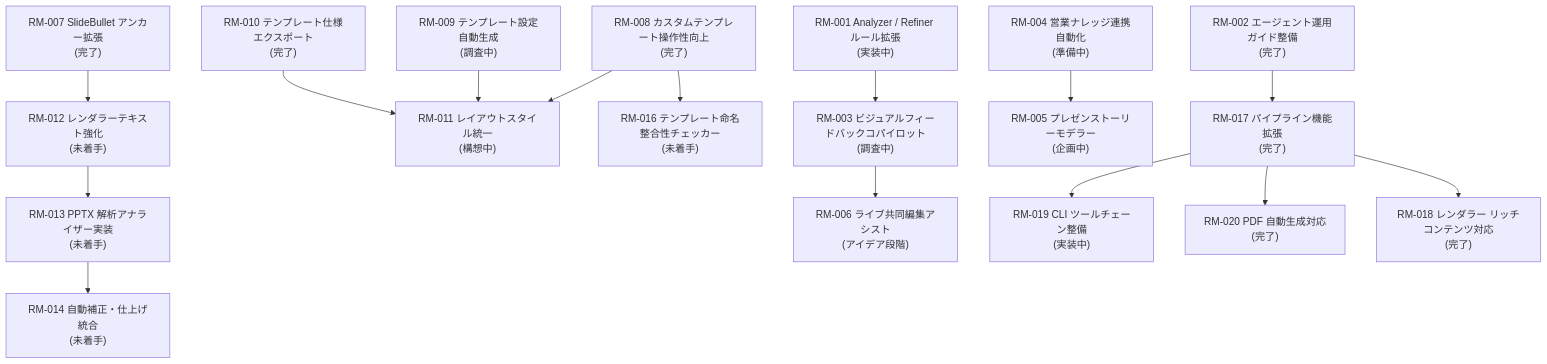
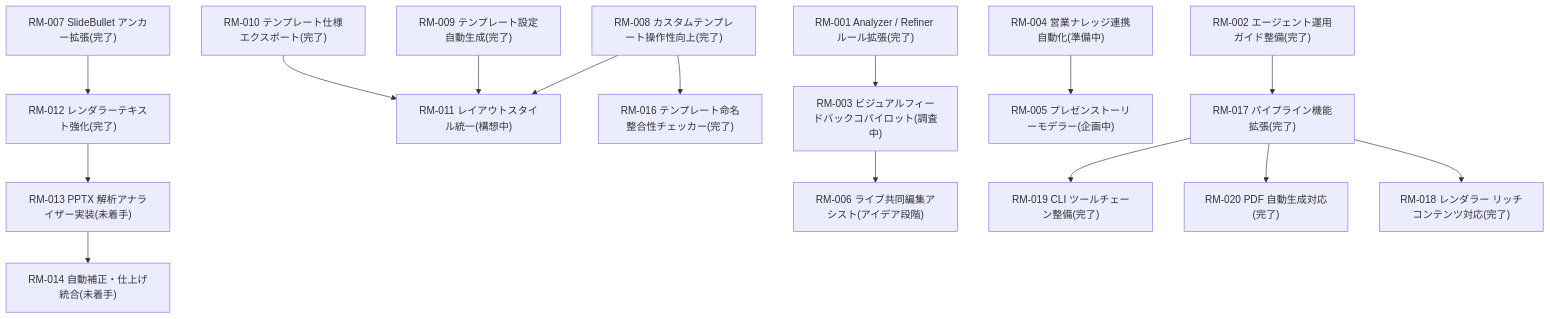
Before and after one commit to yurake/pptx_generator: the diagram in docs/roadmap/README.md, drawn with Mermaid. The commit also changed other lines of this file, not shown here.

Commit message:
docs: update roadmap status

````diff
--- a/docs/roadmap/README.md
+++ b/docs/roadmap/README.md
@@ -28,17 +28,17 @@
 ```mermaid
 graph TD
-    RM007["RM-007 SlideBullet アンカー拡張\n(完了)"] --> RM012["RM-012 レンダラーテキスト強化\n(未着手)"]
-    RM012 --> RM013["RM-013 PPTX 解析アナライザー実装\n(未着手)"]
-    RM013 --> RM014["RM-014 自動補正・仕上げ統合\n(未着手)"]
-    RM008["RM-008 カスタムテンプレート操作性向上\n(完了)"] --> RM011["RM-011 レイアウトスタイル統一\n(構想中)"]
-    RM009["RM-009 テンプレート設定自動生成\n(調査中)"] --> RM011
-    RM010["RM-010 テンプレート仕様エクスポート\n(完了)"] --> RM011
-    RM008 --> RM016["RM-016 テンプレート命名整合性チェッカー\n(未着手)"]
-    RM001["RM-001 Analyzer / Refiner ルール拡張\n(実装中)"] --> RM003["RM-003 ビジュアルフィードバックコパイロット\n(調査中)"]
-    RM003 --> RM006["RM-006 ライブ共同編集アシスト\n(アイデア段階)"]
-    RM004["RM-004 営業ナレッジ連携自動化\n(準備中)"] --> RM005["RM-005 プレゼンストーリーモデラー\n(企画中)"]
-    RM002["RM-002 エージェント運用ガイド整備\n(完了)"] --> RM017["RM-017 パイプライン機能拡張\n(完了)"]
-    RM017 --> RM019["RM-019 CLI ツールチェーン整備\n(実装中)"]
-    RM017 --> RM020["RM-020 PDF 自動生成対応\n(完了)"]
-    RM017 --> RM018["RM-018 レンダラー リッチコンテンツ対応\n(完了)"]
+    RM007["RM-007 SlideBullet アンカー拡張(完了)"] --> RM012["RM-012 レンダラーテキスト強化(完了)"]
+    RM012 --> RM013["RM-013 PPTX 解析アナライザー実装(未着手)"]
+    RM013 --> RM014["RM-014 自動補正・仕上げ統合(未着手)"]
+    RM008["RM-008 カスタムテンプレート操作性向上(完了)"] --> RM011["RM-011 レイアウトスタイル統一(構想中)"]
+    RM009["RM-009 テンプレート設定自動生成(完了)"] --> RM011
+    RM010["RM-010 テンプレート仕様エクスポート(完了)"] --> RM011
+    RM008 --> RM016["RM-016 テンプレート命名整合性チェッカー(完了)"]
+    RM001["RM-001 Analyzer / Refiner ルール拡張(完了)"] --> RM003["RM-003 ビジュアルフィードバックコパイロット(調査中)"]
+    RM003 --> RM006["RM-006 ライブ共同編集アシスト(アイデア段階)"]
+    RM004["RM-004 営業ナレッジ連携自動化(準備中)"] --> RM005["RM-005 プレゼンストーリーモデラー(企画中)"]
+    RM002["RM-002 エージェント運用ガイド整備(完了)"] --> RM017["RM-017 パイプライン機能拡張(完了)"]
+    RM017 --> RM019["RM-019 CLI ツールチェーン整備(完了)"]
+    RM017 --> RM020["RM-020 PDF 自動生成対応(完了)"]
+    RM017 --> RM018["RM-018 レンダラー リッチコンテンツ対応(完了)"]
 ```
````
